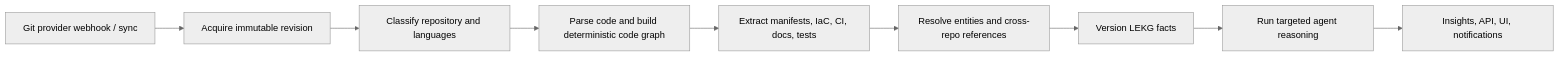
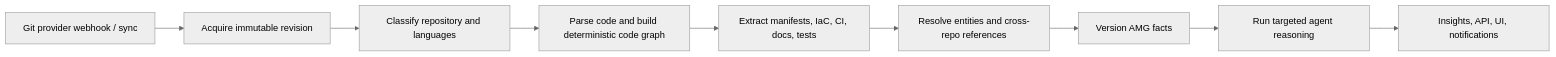
Before and after one commit to Ancel-duke/Atlas: the second of 3 diagrams in ATLAS_GENESIS.md, drawn with Mermaid (neutral theme). The commit also changed other lines of this file and 1 other file, not shown here.

First line of the commit message:
docs: refine Atlas Memory Graph terminology and descriptions

````diff
--- a/ATLAS_GENESIS.md
+++ b/ATLAS_GENESIS.md
@@ -183,11 +183,11 @@
 ```mermaid
 flowchart LR
   A[Git provider webhook / sync] --> B[Acquire immutable revision]
   B --> C[Classify repository and languages]
   C --> D[Parse code and build deterministic code graph]
   D --> E[Extract manifests, IaC, CI, docs, tests]
   E --> F[Resolve entities and cross-repo references]
-  F --> G[Version LEKG facts]
+  F --> G[Version AMG facts]
   G --> H[Run targeted agent reasoning]
   H --> I[Insights, API, UI, notifications]
 ```
````
